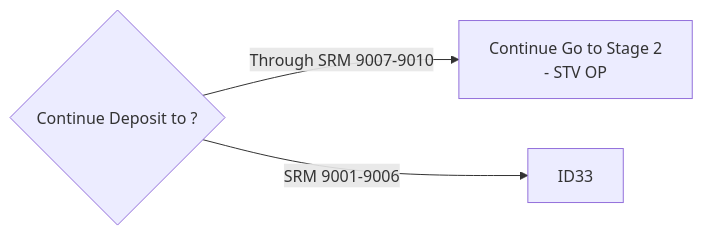
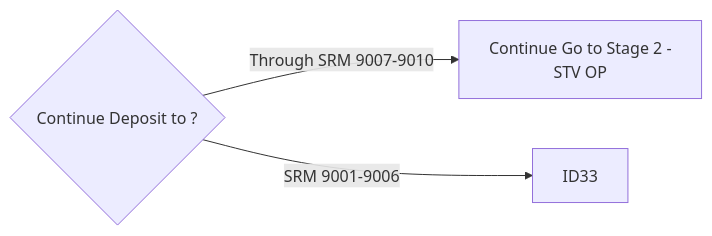
Before and after one commit to luthfiadityaa/SimeDarby-Wiki: the third of 19 diagrams in Basic-Design/DFD-WMS/Retrieval/Transfer-Setting/Ambient-to-Tempering.md, drawn with Mermaid.

Commit message:
Updated Ambient to Tempering

```diff
--- a/Basic-Design/DFD-WMS/Retrieval/Transfer-Setting/Ambient-to-Tempering.md
+++ b/Basic-Design/DFD-WMS/Retrieval/Transfer-Setting/Ambient-to-Tempering.md
@@ -27,7 +27,7 @@
 ::: mermaid
 flowchart LR 
-Cond1{Continue Deposit to ?}-->|Through SRM 9007-9010|P1[Continue Go to Stage 2 
-- STV OP]
+Cond1{Continue Deposit to ?}-->|Through SRM 9007-9010|P1[Continue Go to Stage 2 - 
+STV OP]
 Cond1{Continue Deposit to ?}-->|SRM 9001-9006|P2[ID33]
 
 :::
```
